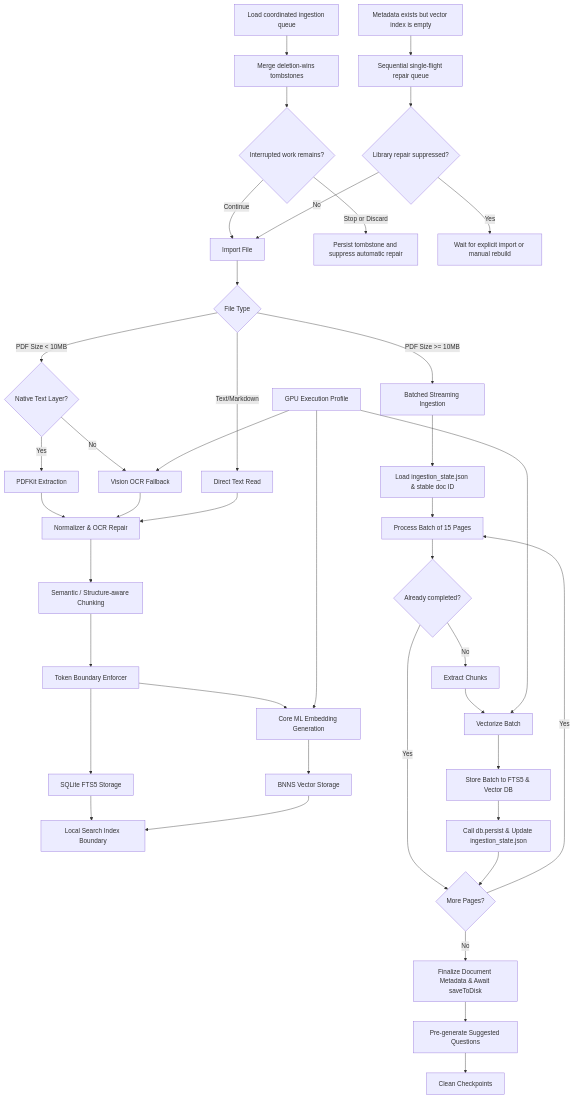
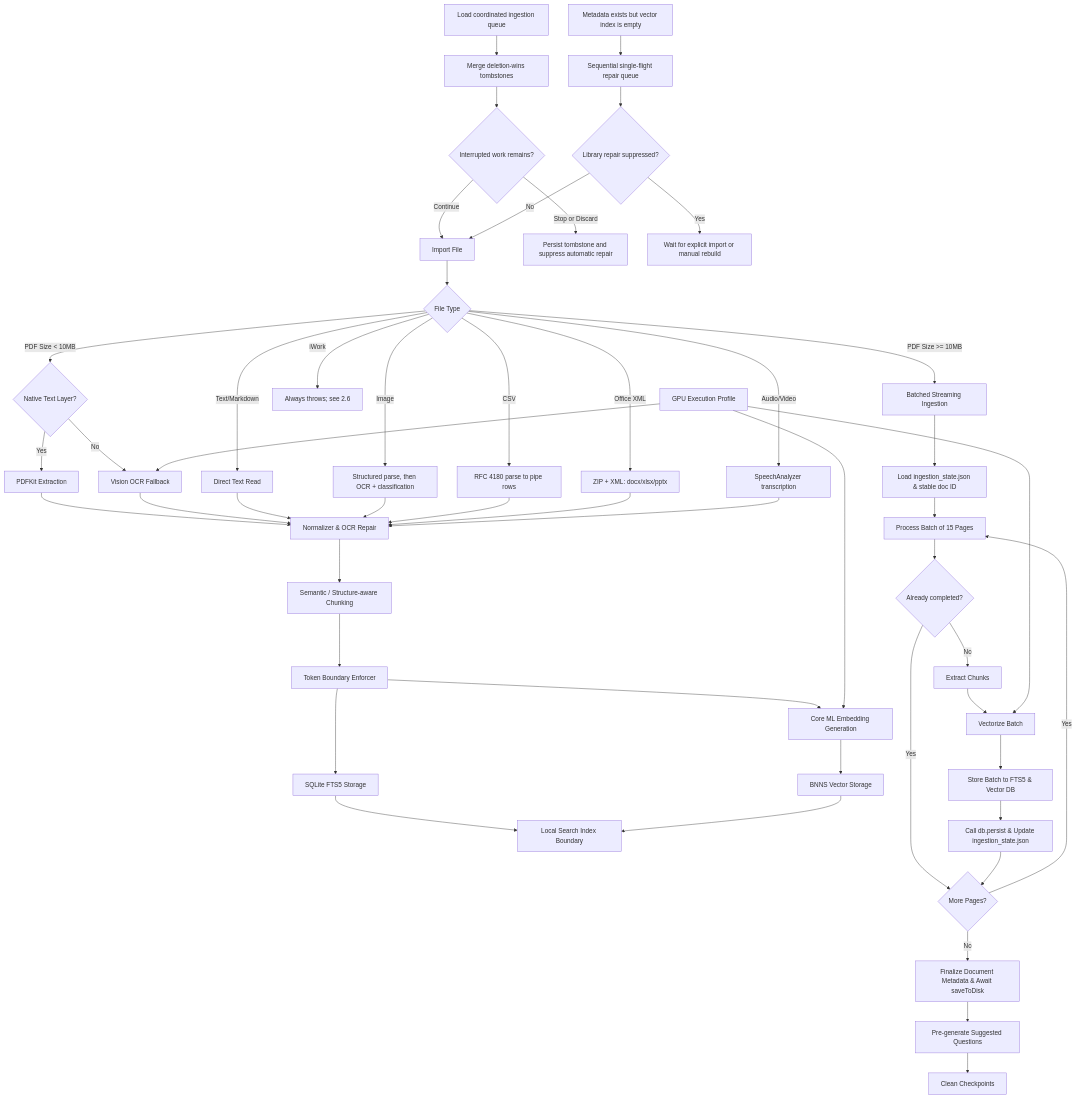
Before and after one commit to Gunnarguy/OpenIntelligence: the diagram in Docs/INGESTION_PIPELINE.md, drawn with Mermaid. The commit also changed other lines of this file and 7 other files, not shown here.

````diff
--- a/Docs/INGESTION_PIPELINE.md
+++ b/Docs/INGESTION_PIPELINE.md
@@ -15,44 +15,53 @@
 ```mermaid
 flowchart TD
     QLOAD[Load coordinated ingestion queue] --> QMERGE[Merge deletion-wins tombstones]
     QMERGE --> QDECIDE{Interrupted work remains?}
     QDECIDE -- Continue --> A
     QDECIDE -- Stop or Discard --> QTOMB[Persist tombstone and suppress automatic repair]
     EMPTY[Metadata exists but vector index is empty] --> SINGLE[Sequential single-flight repair queue]
     SINGLE --> SUPPRESSED{Library repair suppressed?}
     SUPPRESSED -- Yes --> WAIT[Wait for explicit import or manual rebuild]
     SUPPRESSED -- No --> A
     A[Import File] --> B{File Type}
     B -- PDF Size < 10MB --> C{Native Text Layer?}
     B -- PDF Size >= 10MB --> STREAM[Batched Streaming Ingestion]
     C -- Yes --> D[PDFKit Extraction]
     C -- No --> E[Vision OCR Fallback]
     B -- Text/Markdown --> F[Direct Text Read]
+    B -- Image --> IMG[Structured parse, then OCR + classification]
+    B -- CSV --> CSVL[RFC 4180 parse to pipe rows]
+    B -- Office XML --> OFF[ZIP + XML: docx/xlsx/pptx]
+    B -- iWork --> IWORK[Always throws; see 2.6]
+    B -- Audio/Video --> AV[SpeechAnalyzer transcription]
     D --> G[Normalizer & OCR Repair]
     E --> G
     F --> G
+    IMG --> G
+    CSVL --> G
+    OFF --> G
+    AV --> G
     G --> H[Semantic / Structure-aware Chunking]
     H --> I[Token Boundary Enforcer]
     I --> J[SQLite FTS5 Storage]
     I --> K[Core ML Embedding Generation]
     PROFILE[GPU Execution Profile] --> E
     PROFILE --> K
     K --> L[BNNS Vector Storage]
     J --> LOCAL[Local Search Index Boundary]
     L --> LOCAL
     
     STREAM --> STATE[Load ingestion_state.json & stable doc ID]
     STATE --> S1[Process Batch of 15 Pages]
     S1 --> SKIP{Already completed?}
     SKIP -- Yes --> NEXT_BATCH{More Pages?}
     SKIP -- No --> S2[Extract Chunks]
     S2 --> S3[Vectorize Batch]
     PROFILE --> S3
     S3 --> S4[Store Batch to FTS5 & Vector DB]
     S4 --> S5[Call db.persist & Update ingestion_state.json]
     S5 --> NEXT_BATCH
     NEXT_BATCH -- Yes --> S1
     NEXT_BATCH -- No --> S6[Finalize Document Metadata & Await saveToDisk]
     S6 --> S7[Pre-generate Suggested Questions]
     S7 --> S8[Clean Checkpoints]
 ```
````
